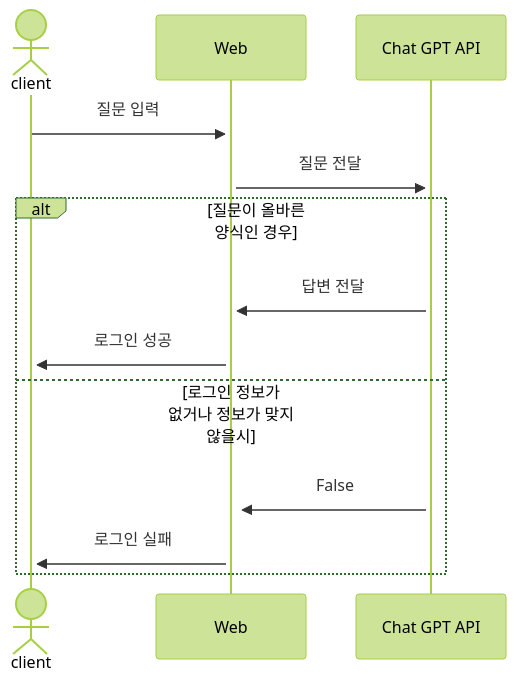
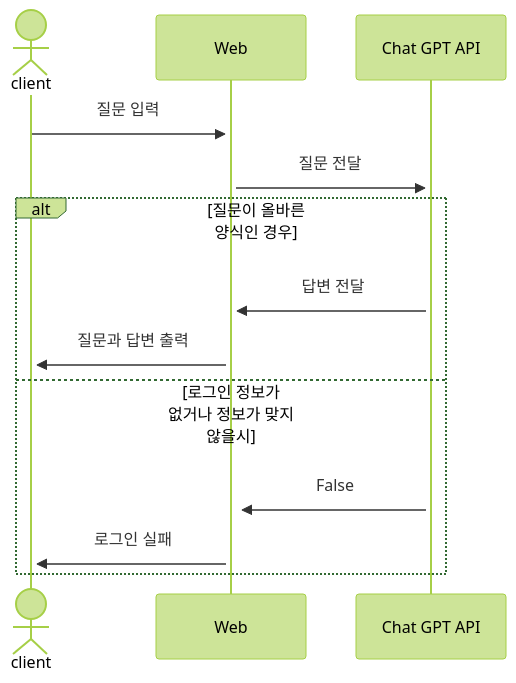
One commit to TheRealParkJoohyung/product-pricing changed the diagram in README.md. Above: the diagram before and after it, drawn with Mermaid (forest theme).

````diff
--- a/README.md
+++ b/README.md
@@ -29,15 +29,15 @@
 ```mermaid
     sequenceDiagram
     actor A as client
     participant B as Web
     participant C as Chat GPT API
     A->>+B: 질문 입력
     B->>+C: 질문 전달
     alt 질문이 올바른 양식인 경우 
     C->>+B: 답변 전달
-    B->>+A: 로그인 성공
+    B->>+A: 질문과 답변 출력
     else 로그인 정보가 없거나 정보가 맞지 않을시
     C->>+B: False
     B->>+A: 로그인 실패
     end
 ```
````
